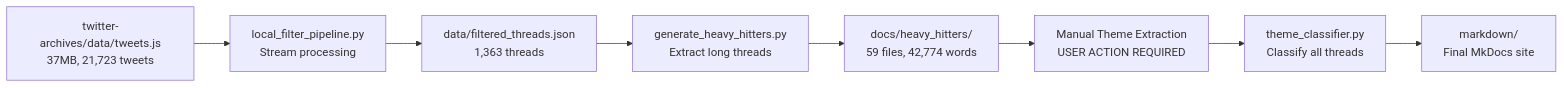
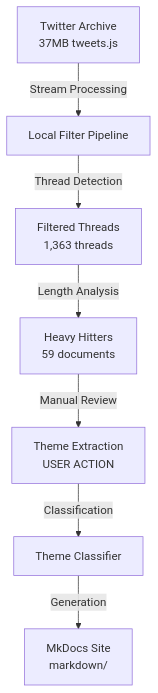
One commit to percy-raskova/dremeldocs changed the diagram in PROJECT_INDEX.md. Above: the diagram before and after it, drawn with Mermaid. The commit also changed other lines of this file and 5 other files, not shown here.

````diff
--- a/PROJECT_INDEX.md
+++ b/PROJECT_INDEX.md
@@ -114,11 +20,9 @@
 ```mermaid
-graph LR
-    A[twitter-archives/data/tweets.js<br/>37MB, 21,723 tweets] -->
-    B[local_filter_pipeline.py<br/>Stream processing]
-    B --> C[data/filtered_threads.json<br/>1,363 threads]
-    C --> D[generate_heavy_hitters.py<br/>Extract long threads]
-    D --> E[docs/heavy_hitters/<br/>59 files, 42,774 words]
-    E --> F[Manual Theme Extraction<br/>USER ACTION REQUIRED]
-    F --> G[theme_classifier.py<br/>Classify all threads]
-    G --> H[markdown/<br/>Final MkDocs site]
+graph TD
+    A[Twitter Archive<br/>37MB tweets.js] -->|Stream Processing| B[Local Filter Pipeline]
+    B -->|Thread Detection| C[Filtered Threads<br/>1,363 threads]
+    C -->|Length Analysis| D[Heavy Hitters<br/>59 documents]
+    D -->|Manual Review| E[Theme Extraction<br/>USER ACTION]
+    E -->|Classification| F[Theme Classifier]
+    F -->|Generation| G[MkDocs Site<br/>markdown/]
 ```
````
